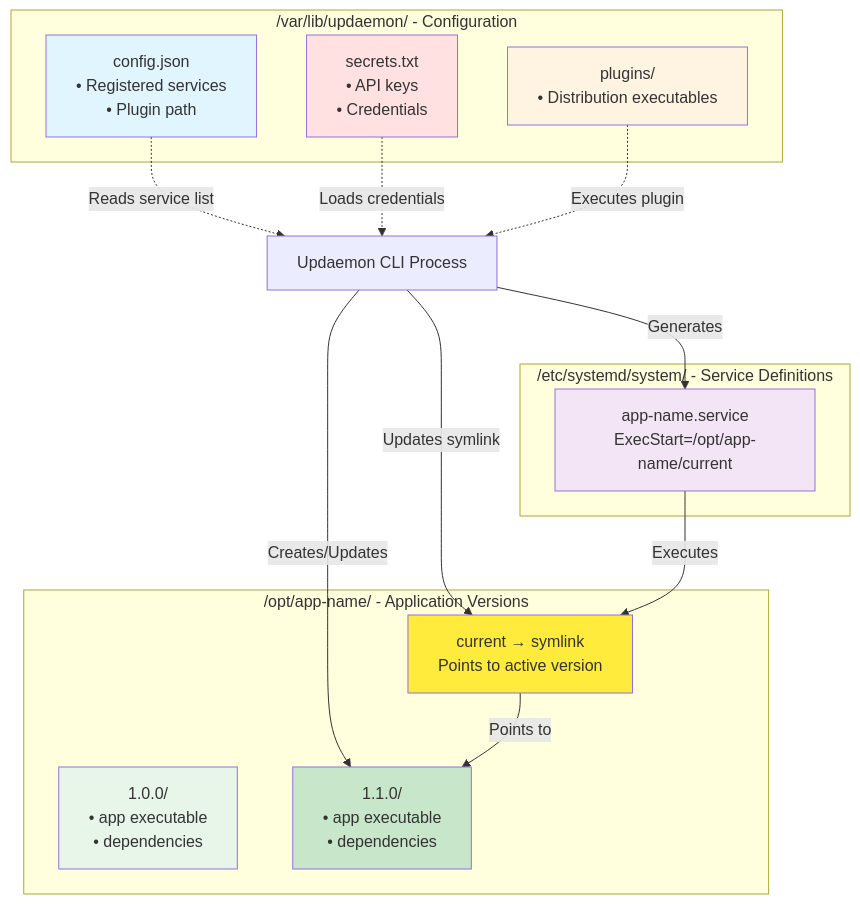
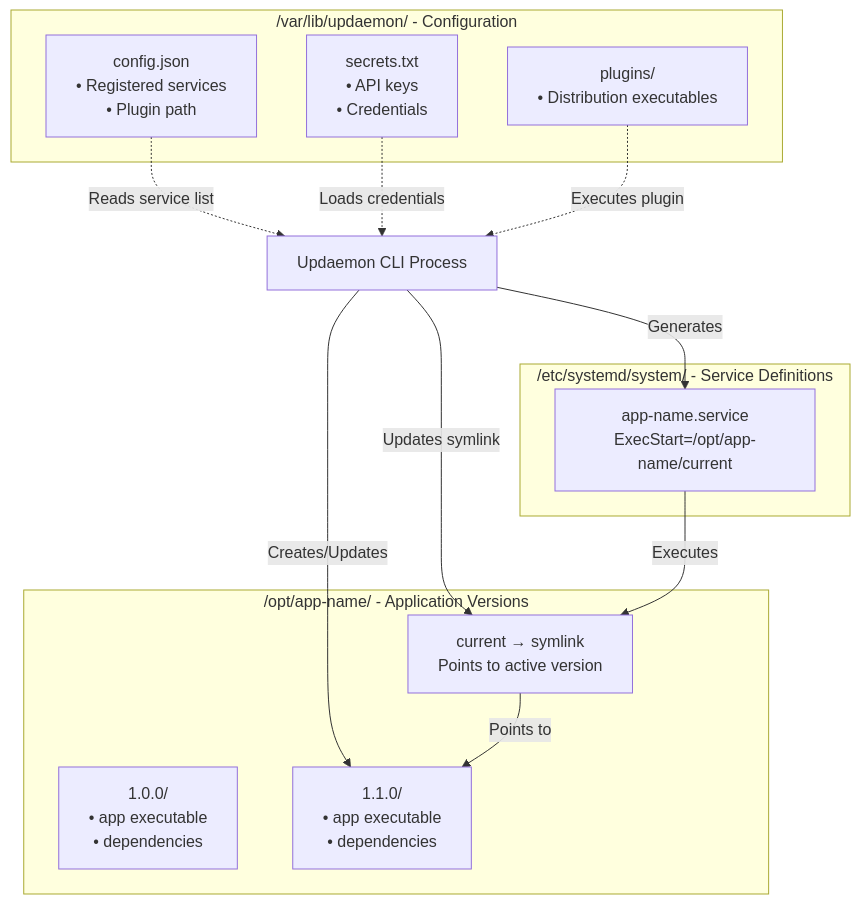
One commit to AdamTovatt/updaemon changed the fourth of 5 diagrams in README.md. Above: the diagram before and after it, drawn with Mermaid. The commit also changed other lines of this file, not shown here.

````diff
--- a/README.md
+++ b/README.md
@@ -156,37 +184,29 @@
 ```mermaid
 graph TB
     subgraph "/var/lib/updaemon/ - Configuration"
         ConfigJson["config.json<br/>• Registered services<br/>• Plugin path"]
         SecretsFile["secrets.txt<br/>• API keys<br/>• Credentials"]
         PluginsDir["plugins/<br/>• Distribution executables"]
     end
     
     subgraph "/opt/app-name/ - Application Versions"
         V100["1.0.0/<br/>• app executable<br/>• dependencies"]
         V110["1.1.0/<br/>• app executable<br/>• dependencies"]
         Current["current → symlink<br/>Points to active version"]
     end
     
     subgraph "/etc/systemd/system/ - Service Definitions"
         UnitFile["app-name.service<br/>ExecStart=/opt/app-name/current"]
     end
     
     ConfigJson -.->|Reads service list| Updaemon[Updaemon CLI Process]
     SecretsFile -.->|Loads credentials| Updaemon
     PluginsDir -.->|Executes plugin| Updaemon
     
     Updaemon -->|Creates/Updates| V110
     Updaemon -->|Updates symlink| Current
     Updaemon -->|Generates| UnitFile
     
     UnitFile -->|Executes| Current
     Current -->|Points to| V110
-    
-    style ConfigJson fill:#e1f5ff
-    style SecretsFile fill:#ffe1e1
-    style PluginsDir fill:#fff4e1
-    style V100 fill:#e8f5e9
-    style V110 fill:#c8e6c9
-    style Current fill:#ffeb3b
-    style UnitFile fill:#f3e5f5
 ```
````
